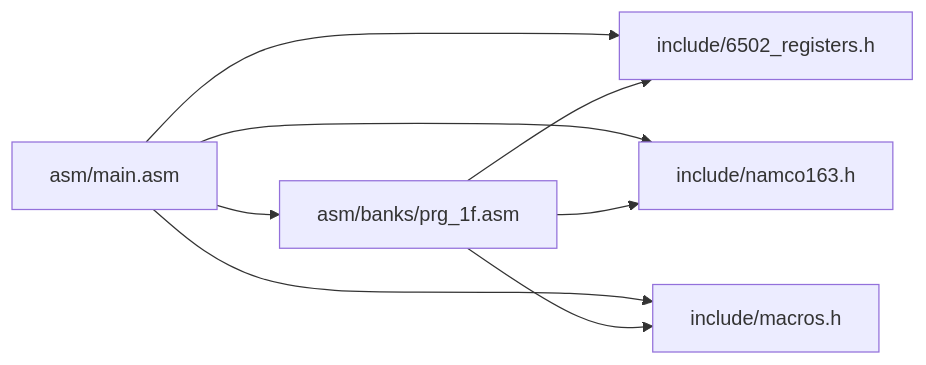
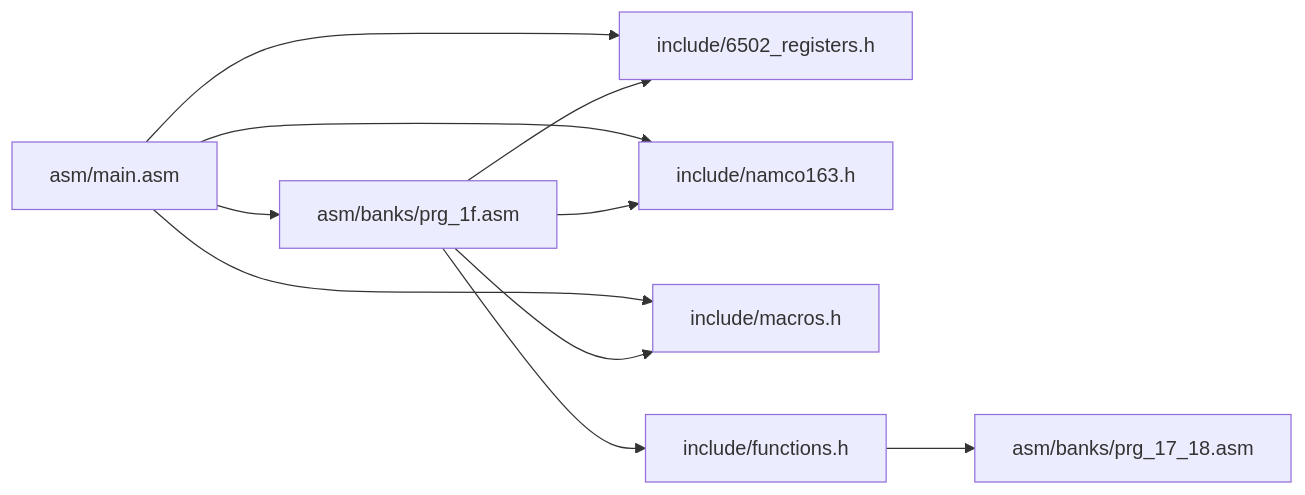
Before and after one commit to rabbyzero/sango2dasm: the seventh of 7 diagrams in .qoder/repowiki/en/content/Data Access and Memory Management/Memory Organization and Addressing.md, drawn with Mermaid. The commit also changed other lines of this file and 35 other files, not shown here.

````diff
--- a/.qoder/repowiki/en/content/Data Access and Memory Management/Memory Organization and Addressing.md
+++ b/.qoder/repowiki/en/content/Data Access and Memory Management/Memory Organization and Addressing.md
@@ -297,10 +399,12 @@
 ```mermaid
 graph LR
 MAIN["asm/main.asm"] --> REGS["include/6502_registers.h"]
 MAIN --> MAP["include/namco163.h"]
 MAIN --> MAC["include/macros.h"]
 MAIN --> PRG1F["asm/banks/prg_1f.asm"]
 PRG1F --> REGS
 PRG1F --> MAP
 PRG1F --> MAC
+PRG1F --> FUNC["include/functions.h"]
+FUNC --> BANK17_18["asm/banks/prg_17_18.asm"]
 ```
````
